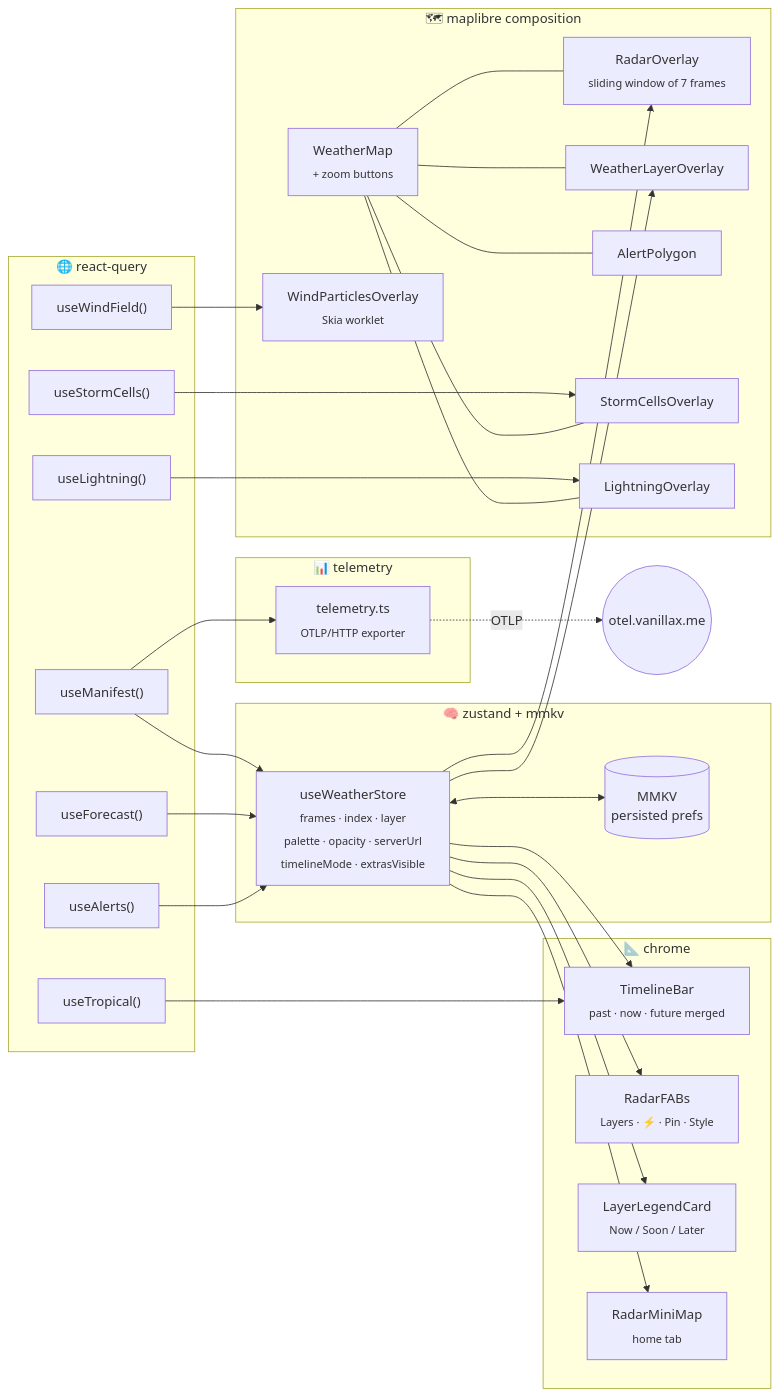
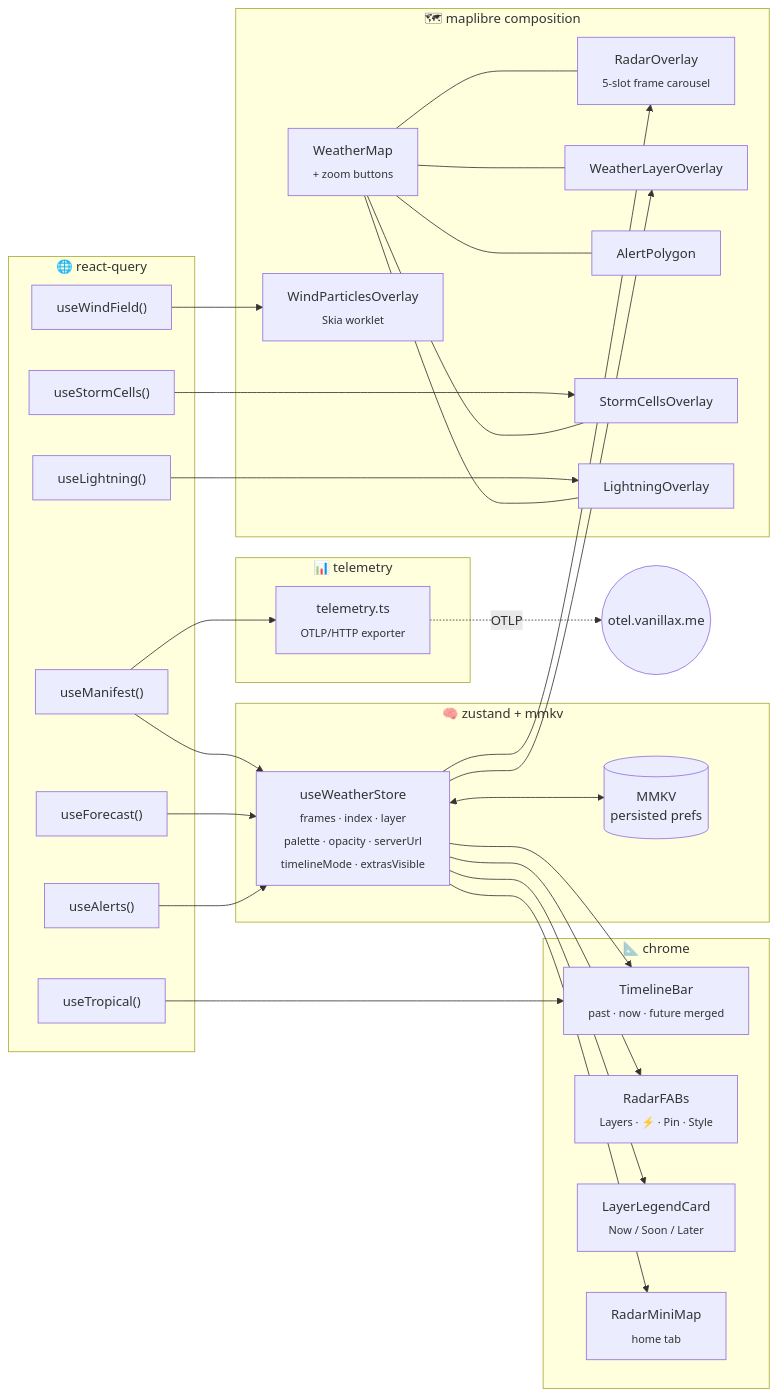
The third of 7 diagrams in README.md (mitchross/radar-ng), drawn with Mermaid before and after one commit. The commit also changed other lines of this file and 6 other files, not shown here.

````diff
--- a/README.md
+++ b/README.md
@@ -162,52 +176,52 @@
 ```mermaid
 flowchart LR
     subgraph Net["🌐 react-query"]
         Manifest["useManifest()"]
         Forecast["useForecast()"]
         Alerts["useAlerts()"]
         Wind["useWindField()"]
         Storms["useStormCells()"]
         Light["useLightning()"]
         Trop["useTropical()"]
     end
 
     subgraph Store["🧠 zustand + mmkv"]
         WS["useWeatherStore<br/><sub>frames · index · layer<br/>palette · opacity · serverUrl<br/>timelineMode · extrasVisible</sub>"]
         MMKV[("MMKV<br/>persisted prefs")]
     end
 
     subgraph Map["🗺 maplibre composition"]
         WM["WeatherMap<br/><sub>+ zoom buttons</sub>"]
-        RO["RadarOverlay<br/><sub>sliding window of 7 frames</sub>"]
+        RO["RadarOverlay<br/><sub>5-slot frame carousel</sub>"]
         WLO["WeatherLayerOverlay"]
         AP["AlertPolygon"]
         SC["StormCellsOverlay"]
         LO["LightningOverlay"]
         WP["WindParticlesOverlay<br/><sub>Skia worklet</sub>"]
     end
 
     subgraph Chrome["📐 chrome"]
         TL["TimelineBar<br/><sub>past · now · future merged</sub>"]
         FAB["RadarFABs<br/><sub>Layers · ⚡ · Pin · Style</sub>"]
         LL["LayerLegendCard<br/><sub>Now / Soon / Later</sub>"]
         MINI["RadarMiniMap<br/><sub>home tab</sub>"]
     end
 
     subgraph OTel["📊 telemetry"]
         T["telemetry.ts<br/><sub>OTLP/HTTP exporter</sub>"]
     end
 
     Manifest --> WS & T
     Forecast --> WS
     Alerts --> WS
     Wind --> WP
     Storms --> SC
     Light --> LO
     Trop --> TL
     WS <--> MMKV
 
     WS --> RO & WLO & TL & FAB & LL & MINI
     WM --- RO & WLO & AP & SC & LO
 
     T -.OTLP.-> Otel(("otel.vanillax.me"))
 ```
````
